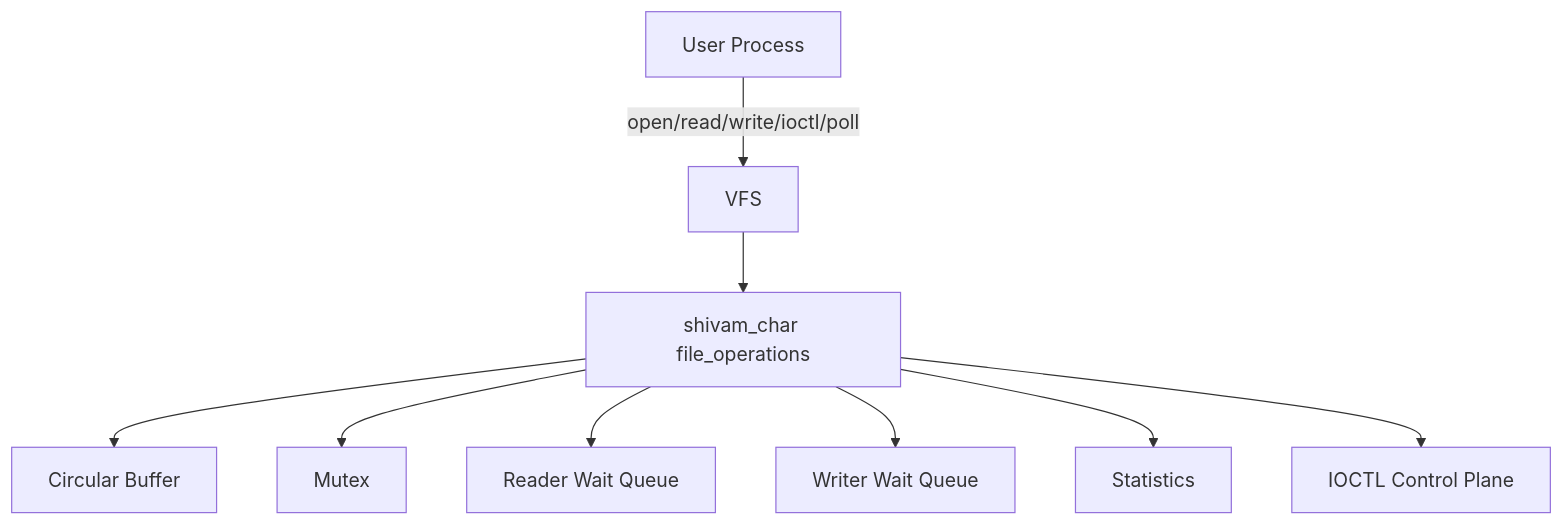
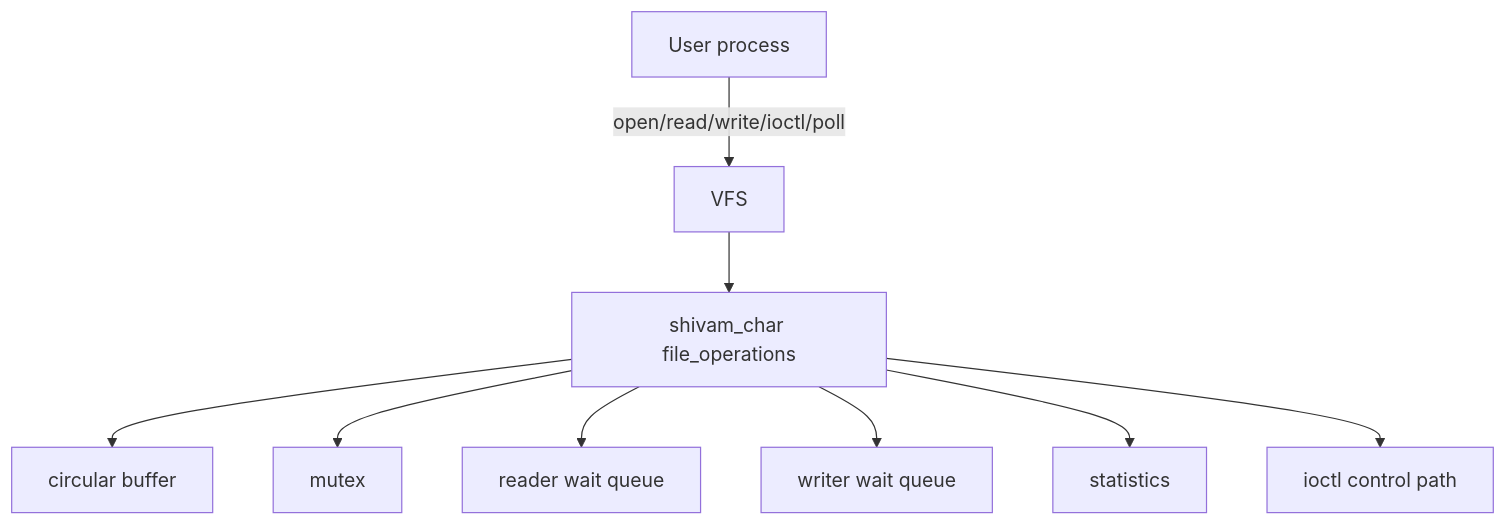
One commit to shivams786/KernelBridge-Concurrent-Linux-Character-Device-Driver- changed the diagram in README.md. Above: the diagram before and after it, drawn with Mermaid. The commit also changed other lines of this file and 4 other files, not shown here.

````diff
--- a/README.md
+++ b/README.md
@@ -30,21 +52,21 @@
 ```mermaid
 flowchart TD
-    User["User Process"]
+    User["User process"]
     VFS["VFS"]
     Fops["shivam_char file_operations"]
-    Buffer["Circular Buffer"]
-    Mutex["Mutex"]
-    RQ["Reader Wait Queue"]
-    WQ["Writer Wait Queue"]
-    Stats["Statistics"]
-    Ioctl["IOCTL Control Plane"]
+    Buffer["circular buffer"]
+    Mutex["mutex"]
+    RQ["reader wait queue"]
+    WQ["writer wait queue"]
+    Stats["statistics"]
+    Ioctl["ioctl control path"]
 
     User -->|"open/read/write/ioctl/poll"| VFS
     VFS --> Fops
     Fops --> Buffer
     Fops --> Mutex
     Fops --> RQ
     Fops --> WQ
     Fops --> Stats
     Fops --> Ioctl
 ```
````
